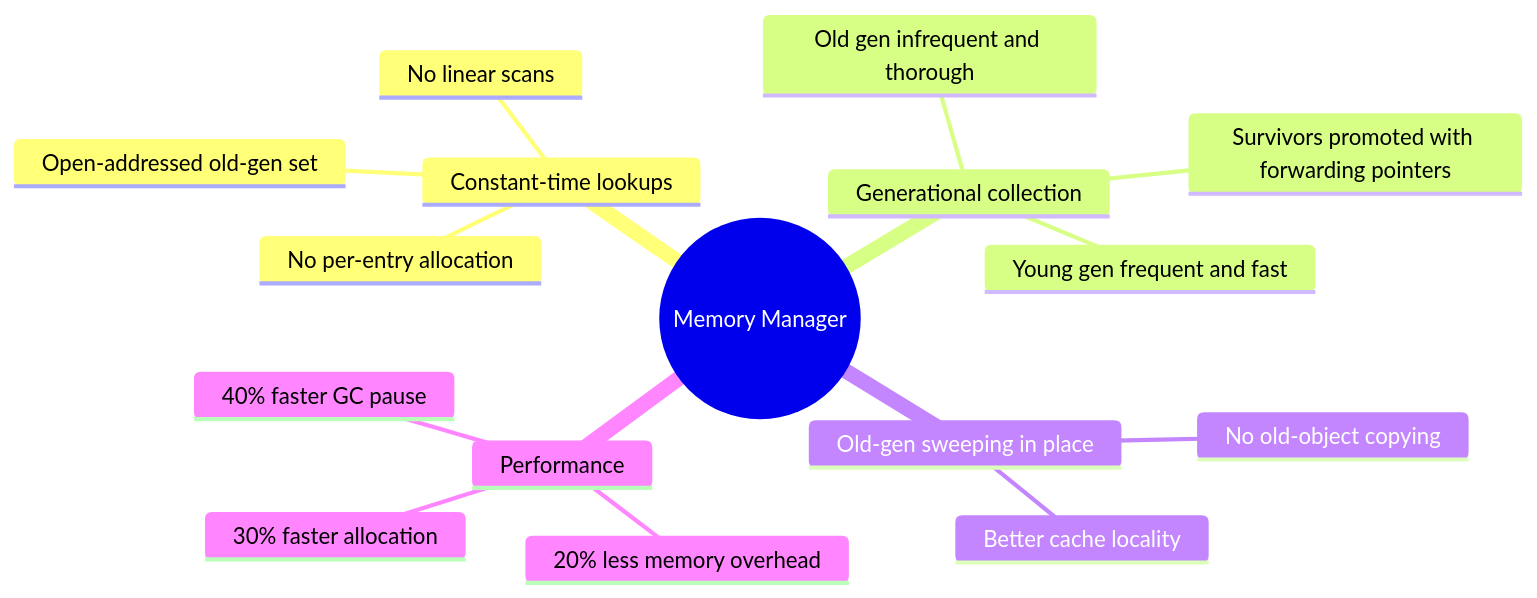
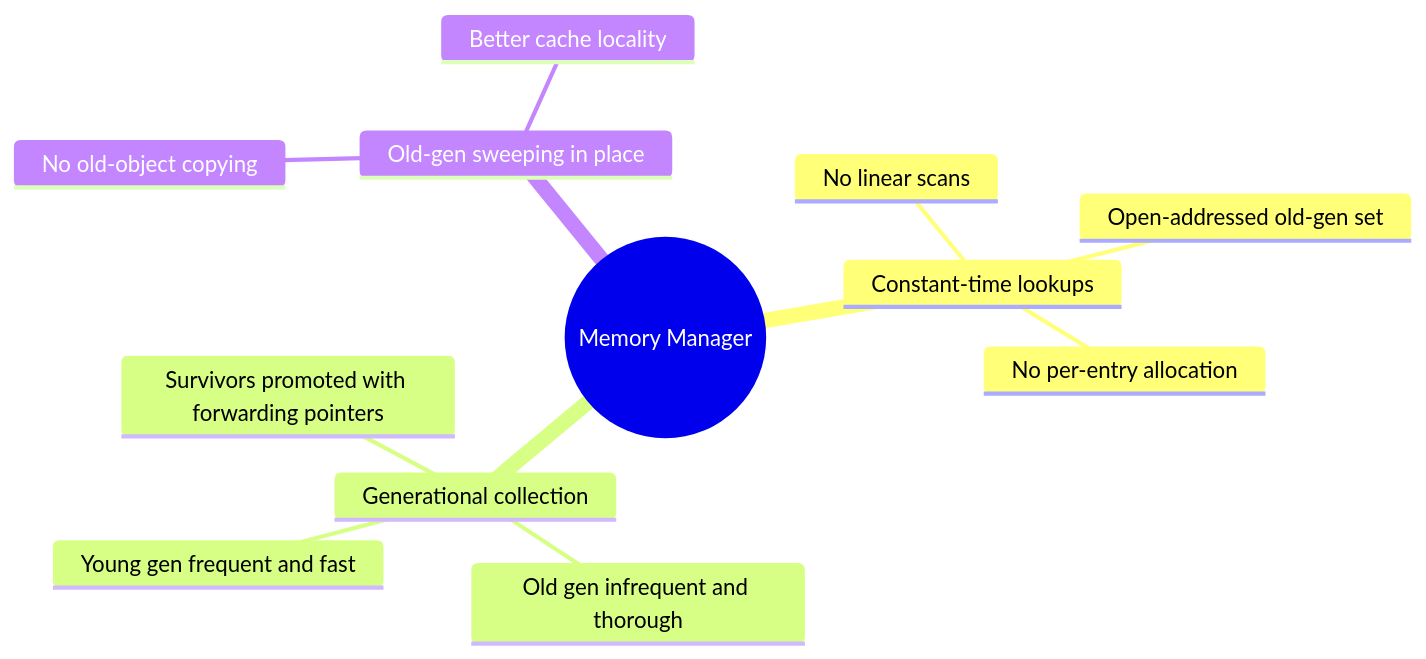
One commit to objeck/objeck-lang changed diagram 20 of 24 in docs/architecture.md. Above: the diagram before and after it, drawn with Mermaid. The commit also changed other lines of this file and 35 other files, not shown here.

First line of the commit message:
chore: remove unused docs and assets; bring architecture.md up to date

````diff
--- a/docs/architecture.md
+++ b/docs/architecture.md
@@ -1096,19 +1040,15 @@
 ```mermaid
 mindmap
     root((Memory Manager))
         Constant-time lookups
             Open-addressed old-gen set
             No per-entry allocation
             No linear scans
         Generational collection
             Young gen frequent and fast
             Old gen infrequent and thorough
             Survivors promoted with forwarding pointers
         Old-gen sweeping in place
             No old-object copying
             Better cache locality
-        Performance
-            30% faster allocation
-            40% faster GC pause
-            20% less memory overhead
 ```
````
